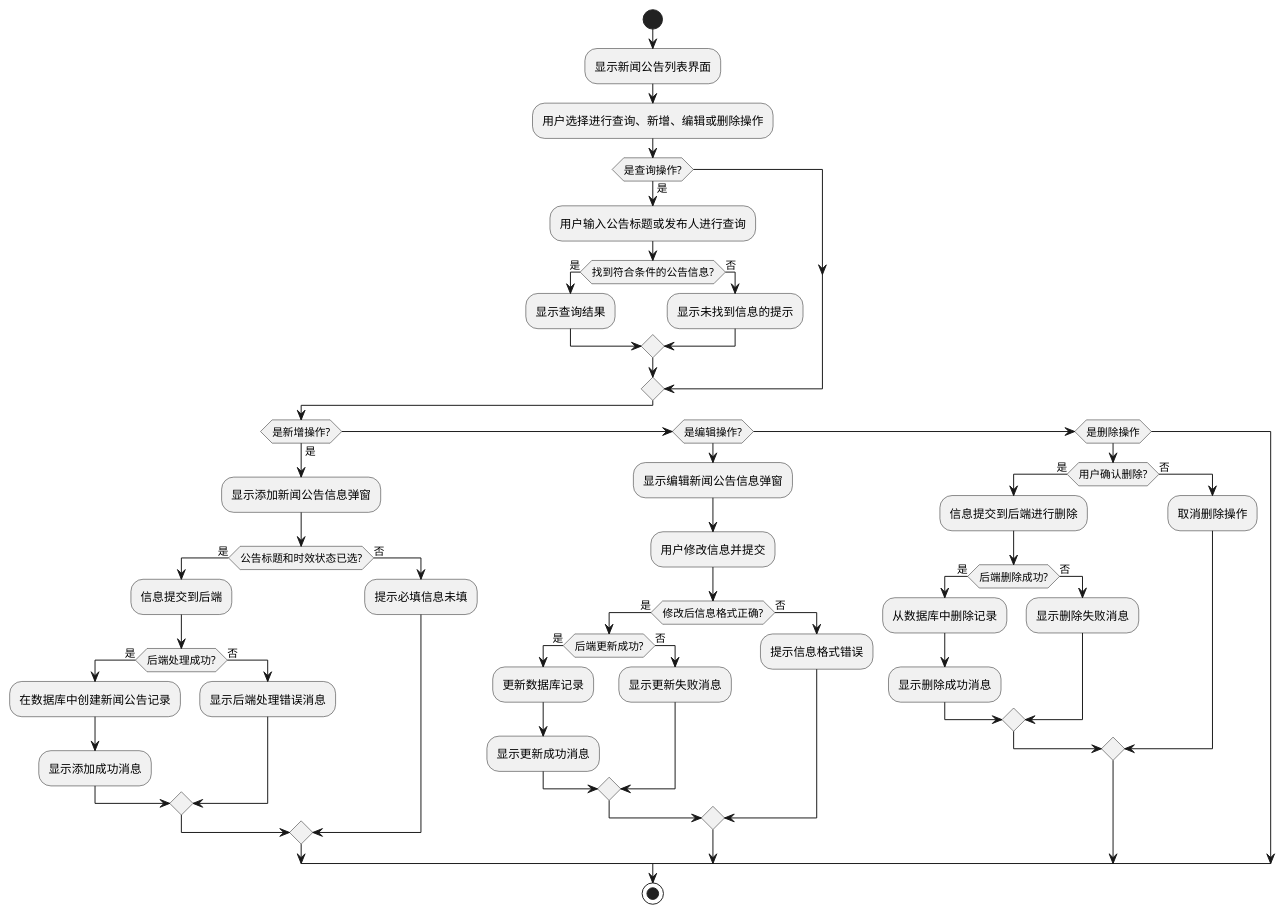
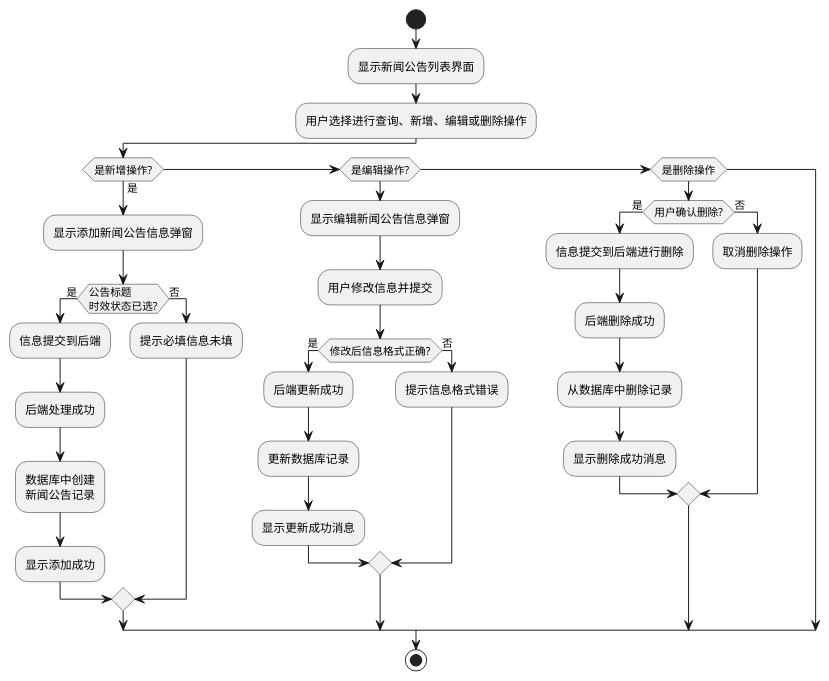
Before and after one commit to liyijia220/kuaidi: the diagram in 图/新闻公告管理流程图.puml, drawn with PlantUML. The commit also changed 7 other files, not shown here.

```diff
--- a/图/新闻公告管理流程图.puml
+++ b/图/新闻公告管理流程图.puml
@@ -1,58 +1,42 @@
 @startuml
 start
 :显示新闻公告列表界面;
 
 :用户选择进行查询、新增、编辑或删除操作;
 
-if (是查询操作?) then (是)
-  :用户输入公告标题或发布人进行查询;
-  if (找到符合条件的公告信息?) then (是)
-    :显示查询结果;
-  else (否)
-    :显示未找到信息的提示;
-  endif
-else
-endif
 
 if (是新增操作?) then (是)
   :显示添加新闻公告信息弹窗;
-  if (公告标题和时效状态已选?) then (是)
+  if (公告标题
+时效状态已选?) then (是)
     :信息提交到后端;
-    if (后端处理成功?) then (是)
-      :在数据库中创建新闻公告记录;
-      :显示添加成功消息;
-    else (否)
-      :显示后端处理错误消息;
-    endif
+    :后端处理成功;
+    :数据库中创建
+    新闻公告记录;
+    :显示添加成功;
   else (否)
     :提示必填信息未填;
   endif
 else if (是编辑操作?) then
   :显示编辑新闻公告信息弹窗;
   :用户修改信息并提交;
   if (修改后信息格式正确?) then (是)
-    if (后端更新成功?) then (是)
-      :更新数据库记录;
-      :显示更新成功消息;
-    else (否)
-      :显示更新失败消息;
-    endif
+    :后端更新成功;
+    :更新数据库记录;
+    :显示更新成功消息;
   else (否)
     :提示信息格式错误;
   endif
 else if (是删除操作) then
   if (用户确认删除?) then (是)
     :信息提交到后端进行删除;
-    if (后端删除成功?) then (是)
-      :从数据库中删除记录;
-      :显示删除成功消息;
-    else (否)
-      :显示删除失败消息;
-    endif
+    :后端删除成功;
+    :从数据库中删除记录;
+    :显示删除成功消息;
   else (否)
     :取消删除操作;
   endif
 endif
 
 stop
 @enduml
```
